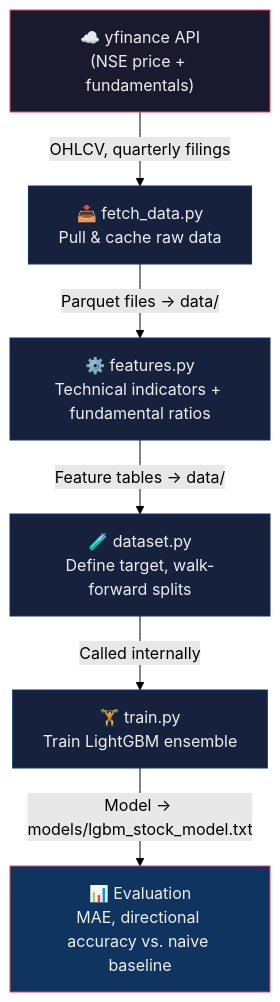
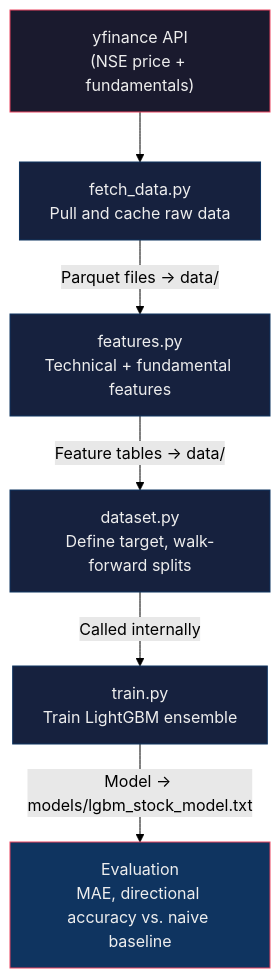
The first of 2 diagrams in README.md (rajan0860/stock-predictor), drawn with Mermaid (forest theme) before and after one commit. The commit also changed other lines of this file and 5 other files, not shown here.

````diff
--- a/README.md
+++ b/README.md
@@ -44,16 +66,16 @@
 ```mermaid
 flowchart TD
-    A["☁️ yfinance API\n(NSE price + fundamentals)"] -->|"OHLCV, quarterly filings"| B
-    B["📥 fetch_data.py\nPull & cache raw data"] -->|"Parquet files → data/"| C
-    C["⚙️ features.py\nTechnical indicators + fundamental ratios"] -->|"Feature tables → data/"| D
-    D["🧪 dataset.py\nDefine target, walk-forward splits"] -->|"Called internally"| E
-    E["🏋️ train.py\nTrain LightGBM ensemble"] -->|"Model → models/lgbm_stock_model.txt"| F
-    F["📊 Evaluation\nMAE, directional accuracy vs. naive baseline"]
+    A["yfinance API\n(NSE price + fundamentals)"] --> B
+    B["fetch_data.py\nPull and cache raw data"] -->|"Parquet files → data/"| C
+    C["features.py\nTechnical + fundamental features"] -->|"Feature tables → data/"| D
+    D["dataset.py\nDefine target, walk-forward splits"] -->|"Called internally"| E
+    E["train.py\nTrain LightGBM ensemble"] -->|"Model → models/lgbm_stock_model.txt"| F
+    F["Evaluation\nMAE, directional accuracy vs. naive baseline"]
 
     style A fill:#1a1a2e,stroke:#e94560,color:#eee
     style B fill:#16213e,stroke:#0f3460,color:#eee
     style C fill:#16213e,stroke:#0f3460,color:#eee
     style D fill:#16213e,stroke:#0f3460,color:#eee
     style E fill:#16213e,stroke:#0f3460,color:#eee
     style F fill:#0f3460,stroke:#e94560,color:#eee
 ```
````
